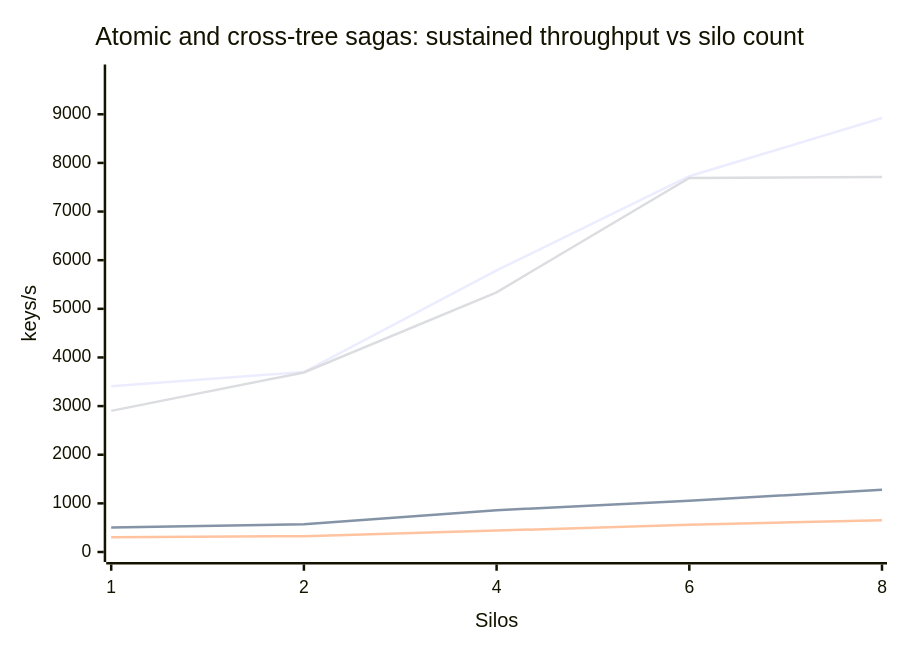
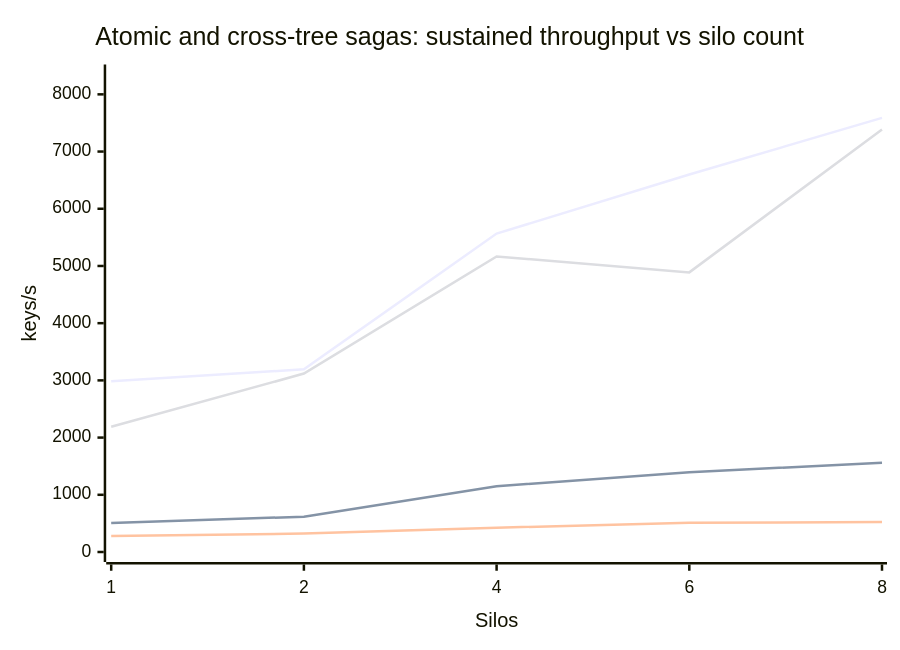
The fourth of 4 diagrams in docs/lattice/performance-multi-silo.md (NSTA1/Orleans.Lattice), drawn with Mermaid before and after one commit. The commit also changed other lines of this file, not shown here.

````diff
--- a/docs/lattice/performance-multi-silo.md
+++ b/docs/lattice/performance-multi-silo.md
@@ -103,10 +106,10 @@
 ```mermaid
 xychart-beta
     title "Atomic and cross-tree sagas: sustained throughput vs silo count"
     x-axis "Silos" ["1", "2", "4", "6", "8"]
-    y-axis "keys/s" 0 --> 9818
-    line [3410, 3701, 5790, 7726, 8925]
-    line [502, 573, 860, 1052, 1282]
-    line [304, 326, 440, 559, 655]
-    line [2902, 3692, 5340, 7690, 7712]
+    y-axis "keys/s" 0 --> 8347
+    line [2984, 3193, 5566, 6599, 7588]
+    line [506, 618, 1149, 1395, 1561]
+    line [278, 323, 425, 510, 526]
+    line [2189, 3119, 5166, 4888, 7387]
 ```
````
